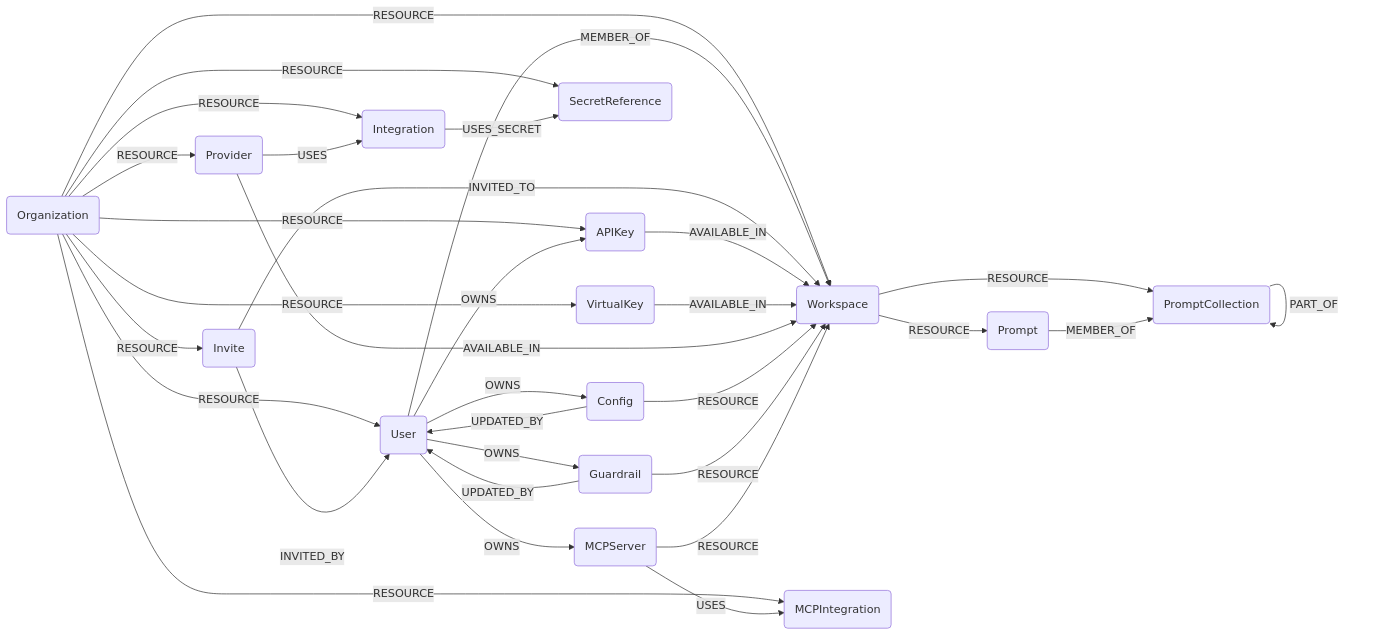
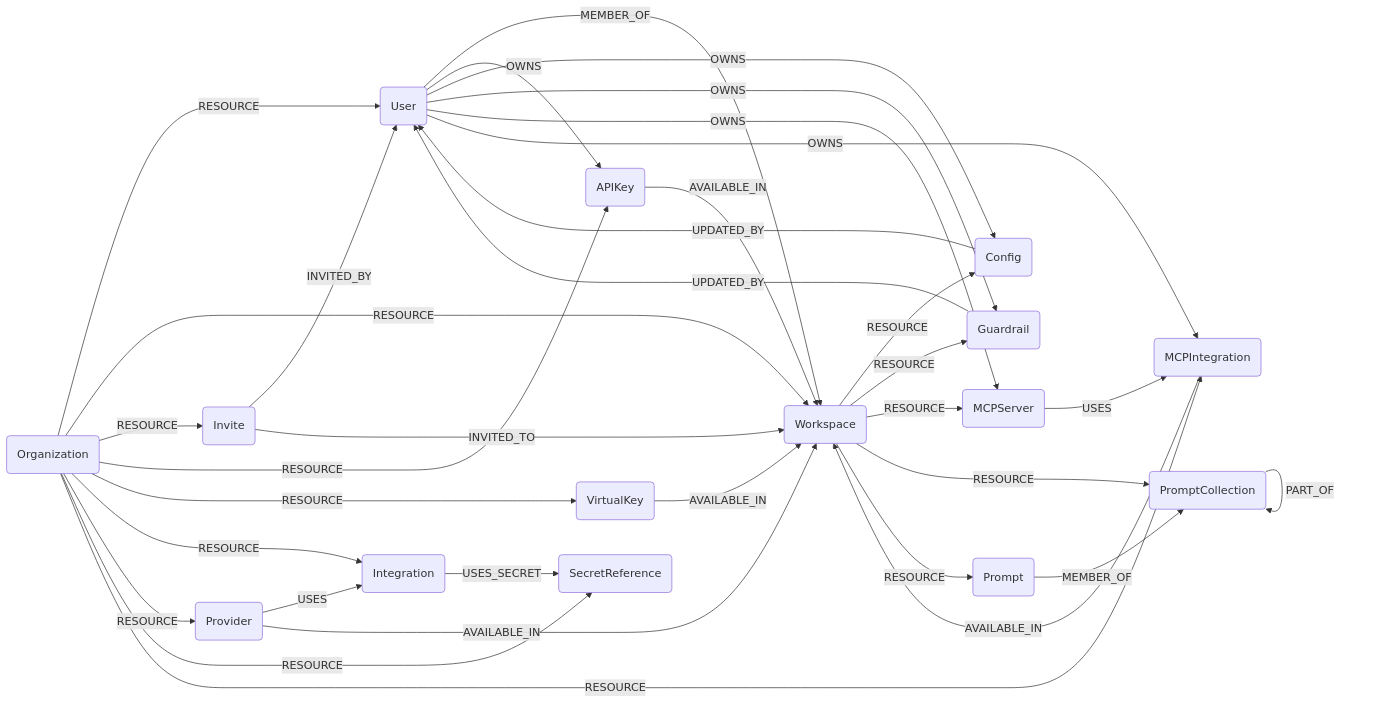
Before and after one commit to cartography-cncf/cartography: the diagram in docs/root/modules/portkey/schema.md, drawn with Mermaid. The commit also changed other lines of this file and 10 other files, not shown here.

````diff
--- a/docs/root/modules/portkey/schema.md
+++ b/docs/root/modules/portkey/schema.md
@@ -3,34 +3,36 @@
 ```mermaid
 graph LR
 O(Organization) -- RESOURCE --> U(User)
 O -- RESOURCE --> W(Workspace)
 O -- RESOURCE --> I(Invite)
 O -- RESOURCE --> AK(APIKey)
 O -- RESOURCE --> VK(VirtualKey)
 O -- RESOURCE --> INT(Integration)
 O -- RESOURCE --> PR(Provider)
 O -- RESOURCE --> SR(SecretReference)
 O -- RESOURCE --> MI(MCPIntegration)
 U -- MEMBER_OF --> W
 I -- INVITED_BY --> U
 I -- INVITED_TO --> W
 U -- OWNS --> AK
 AK -- AVAILABLE_IN --> W
 VK -- AVAILABLE_IN --> W
 INT -- USES_SECRET --> SR
 PR -- USES --> INT
 PR -- AVAILABLE_IN --> W
-C(Config) -- RESOURCE --> W
+W -- RESOURCE --> C(Config)
 U -- OWNS --> C
 C -- UPDATED_BY --> U
-G(Guardrail) -- RESOURCE --> W
+W -- RESOURCE --> G(Guardrail)
 U -- OWNS --> G
 G -- UPDATED_BY --> U
-MS(MCPServer) -- RESOURCE --> W
+W -- RESOURCE --> MS(MCPServer)
 U -- OWNS --> MS
 MS -- USES --> MI
+U -- OWNS --> MI
+MI -- AVAILABLE_IN --> W
 W -- RESOURCE --> PC(PromptCollection)
 W -- RESOURCE --> P(Prompt)
 P -- MEMBER_OF --> PC
 PC -- PART_OF --> PC
 ```
````
